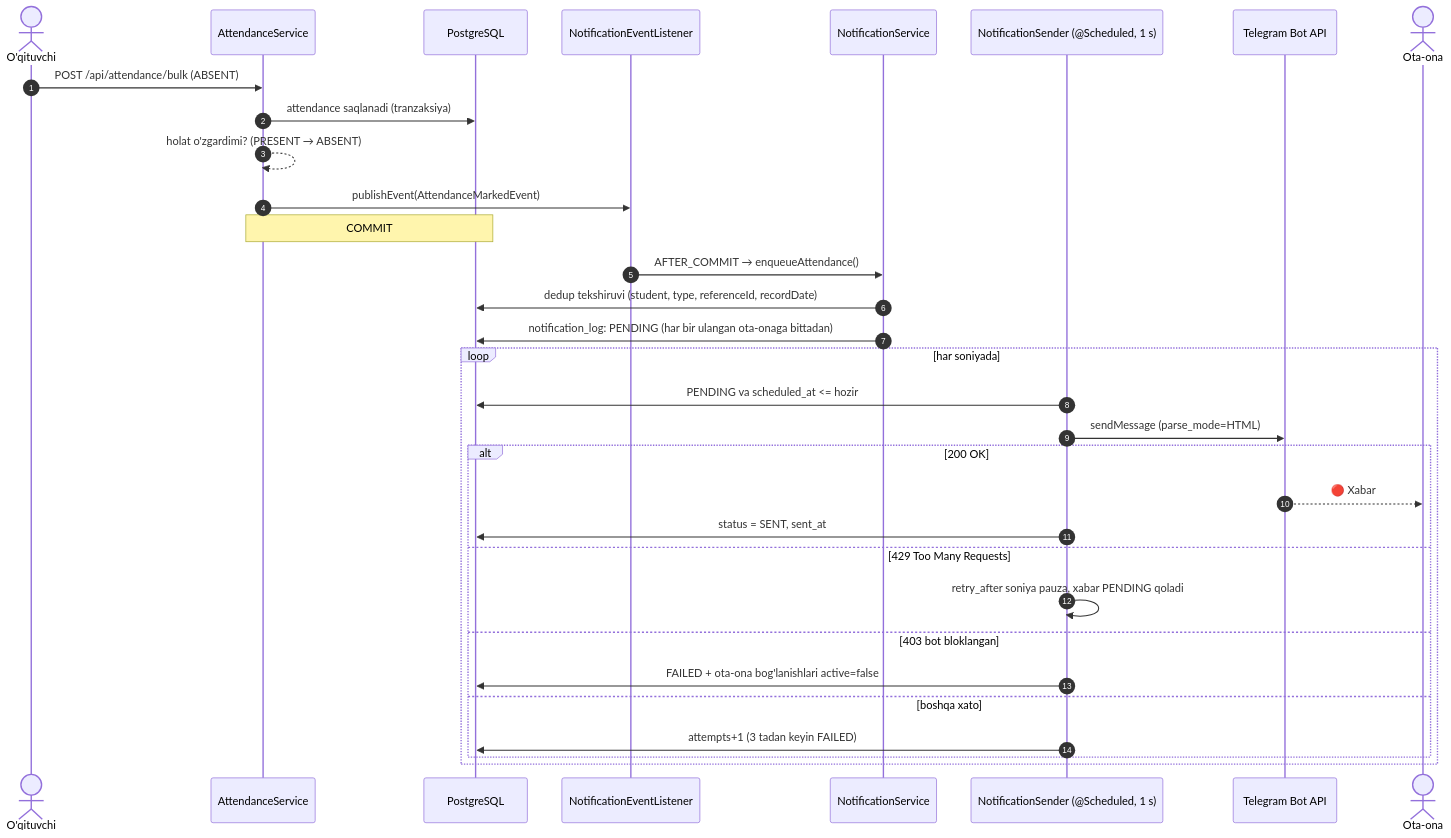
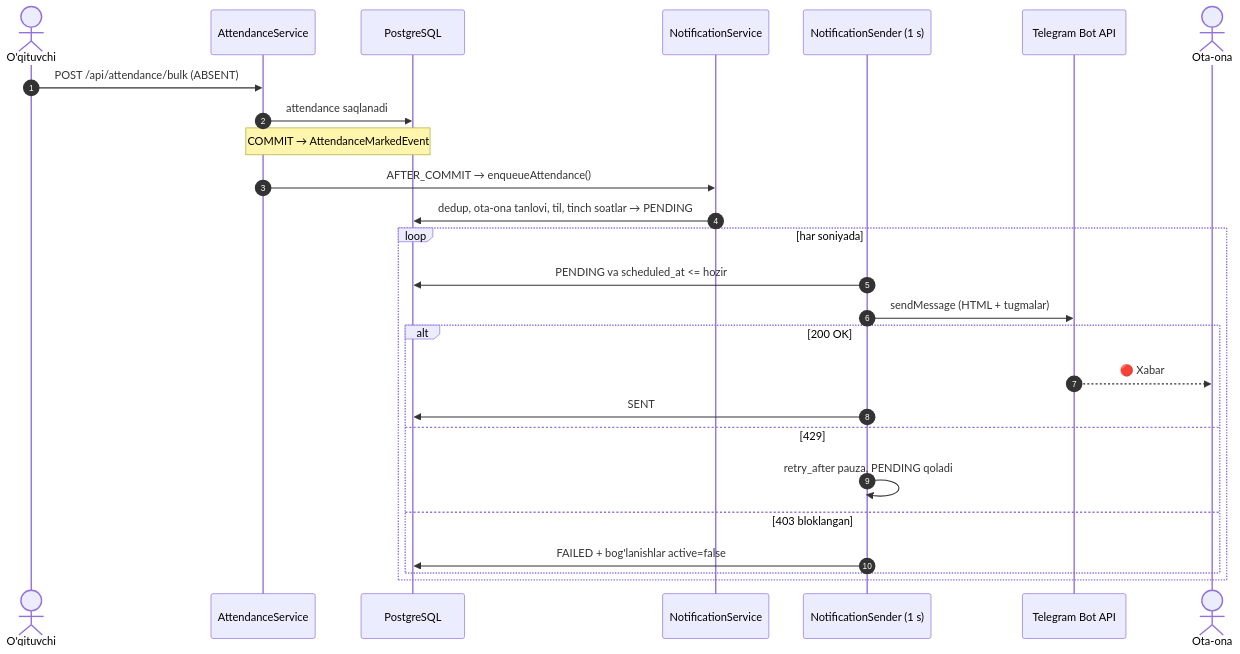
One commit to Doniyorov-Aziz/maktab-boshqaruv changed the third of 3 diagrams in docs/15-telegram-bot.md. Above: the diagram before and after it, drawn with Mermaid. The commit also changed other lines of this file and 12 other files, not shown here.

````diff
--- a/docs/15-telegram-bot.md
+++ b/docs/15-telegram-bot.md
@@ -38,35 +190,29 @@
 ```mermaid
 sequenceDiagram
     autonumber
     actor O as O'qituvchi
     participant AS as AttendanceService
     participant DB as PostgreSQL
-    participant L as NotificationEventListener
     participant NS as NotificationService
-    participant S as NotificationSender (@Scheduled, 1 s)
+    participant S as NotificationSender (1 s)
     participant TG as Telegram Bot API
     actor P as Ota-ona
 
     O->>AS: POST /api/attendance/bulk (ABSENT)
-    AS->>DB: attendance saqlanadi (tranzaksiya)
-    AS-->>AS: holat o'zgardimi? (PRESENT → ABSENT)
-    AS->>L: publishEvent(AttendanceMarkedEvent)
-    Note over AS,DB: COMMIT
-    L->>NS: AFTER_COMMIT → enqueueAttendance()
-    NS->>DB: dedup tekshiruvi (student, type, referenceId, recordDate)
-    NS->>DB: notification_log: PENDING (har bir ulangan ota-onaga bittadan)
+    AS->>DB: attendance saqlanadi
+    Note over AS,DB: COMMIT → AttendanceMarkedEvent
+    AS->>NS: AFTER_COMMIT → enqueueAttendance()
+    NS->>DB: dedup, ota-ona tanlovi, til, tinch soatlar → PENDING
     loop har soniyada
         S->>DB: PENDING va scheduled_at <= hozir
-        S->>TG: sendMessage (parse_mode=HTML)
+        S->>TG: sendMessage (HTML + tugmalar)
         alt 200 OK
             TG-->>P: 🔴 Xabar
-            S->>DB: status = SENT, sent_at
-        else 429 Too Many Requests
-            S->>S: retry_after soniya pauza, xabar PENDING qoladi
-        else 403 bot bloklangan
-            S->>DB: FAILED + ota-ona bog'lanishlari active=false
-        else boshqa xato
-            S->>DB: attempts+1 (3 tadan keyin FAILED)
+            S->>DB: SENT
+        else 429
+            S->>S: retry_after pauza, PENDING qoladi
+        else 403 bloklangan
+            S->>DB: FAILED + bog'lanishlar active=false
         end
     end
 ```
````
